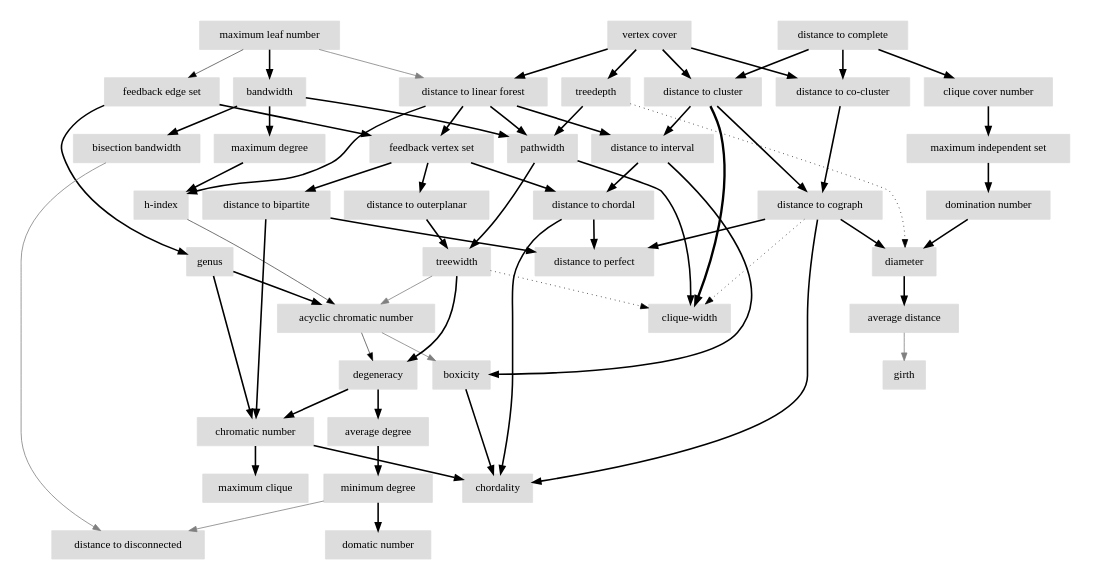
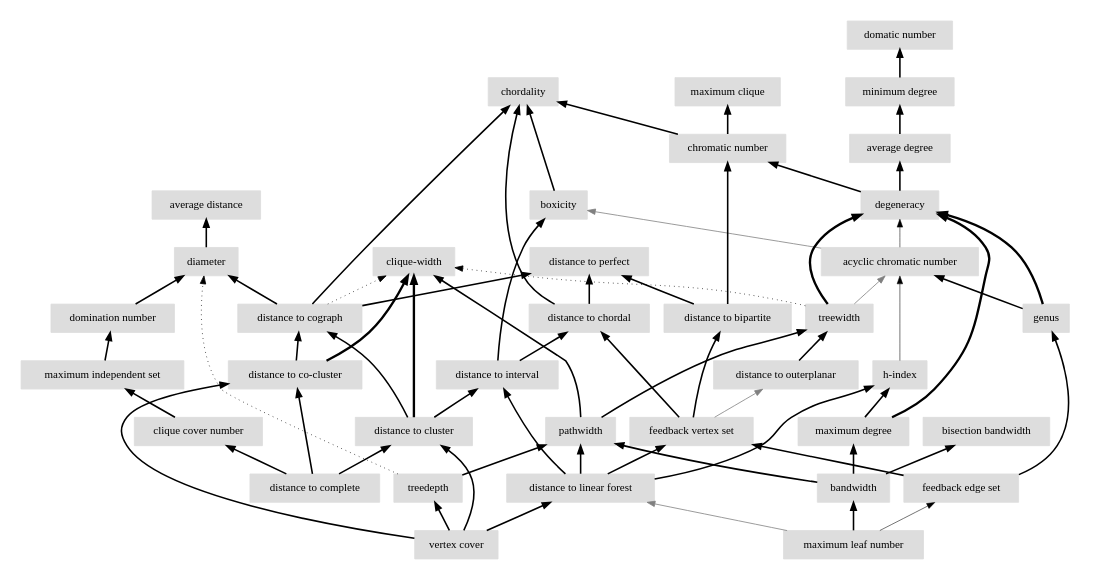
One commit to vaclavblazej/parameters changed the diagram in content/drawing_VnTIL0_0.dot. Above: the diagram before and after it, drawn with Graphviz. The commit also changed 1013 other files, not shown here.

```diff
--- a/content/drawing_VnTIL0_0.dot
+++ b/content/drawing_VnTIL0_0.dot
@@ -1,107 +1,105 @@
 digraph drawing_VnTIL0_0 {
 	node [color=lightblue2 style=filled]
 	margin=0.04 size="6,6"
+	rankdir = BT
+	"n_HTk9PZ" [label="feedback edge set" URL="/parameters/html/HTk9PZ" color="#dddddd" shape=box]
+	"n_gbaHdw" [label="genus" URL="/parameters/html/gbaHdw" color="#dddddd" shape=box]
+	"n_KEP2qM" [label="treedepth" URL="/parameters/html/KEP2qM" color="#dddddd" shape=box]
+	"n_mHtXUU" [label="maximum independent set" URL="/parameters/html/mHtXUU" color="#dddddd" shape=box]
+	"n_GPmOeT" [label="minimum degree" URL="/parameters/html/GPmOeT" color="#dddddd" shape=box]
+	"n_KRV6tI" [label="domatic number" URL="/parameters/html/KRV6tI" color="#dddddd" shape=box]
+	"n_OdZQna" [label="distance to chordal" URL="/parameters/html/OdZQna" color="#dddddd" shape=box]
+	"n_a7MpiT" [label="boxicity" URL="/parameters/html/a7MpiT" color="#dddddd" shape=box]
+	"n_w7MmyW" [label="chromatic number" URL="/parameters/html/w7MmyW" color="#dddddd" shape=box]
+	"n_VomShB" [label="clique cover number" URL="/parameters/html/VomShB" color="#dddddd" shape=box]
+	"n_wg5HuV" [label="clique-width" URL="/parameters/html/wg5HuV" color="#dddddd" shape=box]
+	"n_GNTwUS" [label="h-index" URL="/parameters/html/GNTwUS" color="#dddddd" shape=box]
+	"n_uDXX2i" [label="distance to cograph" URL="/parameters/html/uDXX2i" color="#dddddd" shape=box]
+	"n_wUdmUb" [label="bisection bandwidth" URL="/parameters/html/wUdmUb" color="#dddddd" shape=box]
+	"n_p4bTjp" [label="diameter" URL="/parameters/html/p4bTjp" color="#dddddd" shape=box]
 	"n_z0y4TW" [label="average degree" URL="/parameters/html/z0y4TW" color="#dddddd" shape=box]
-	"n_kJZKgd" [label="distance to perfect" URL="/parameters/html/kJZKgd" color="#dddddd" shape=box]
 	"n_hbfWwE" [label="distance to co-cluster" URL="/parameters/html/hbfWwE" color="#dddddd" shape=box]
-	"n_ZL7BOP" [label="distance to disconnected" URL="/parameters/html/ZL7BOP" color="#dddddd" shape=box]
-	"n_GPmOeT" [label="minimum degree" URL="/parameters/html/GPmOeT" color="#dddddd" shape=box]
-	"n_Gq0onN" [label="domination number" URL="/parameters/html/Gq0onN" color="#dddddd" shape=box]
-	"n_wg5HuV" [label="clique-width" URL="/parameters/html/wg5HuV" color="#dddddd" shape=box]
-	"n_QGZuUW" [label="acyclic chromatic number" URL="/parameters/html/QGZuUW" color="#dddddd" shape=box]
-	"n_KEP2qM" [label="treedepth" URL="/parameters/html/KEP2qM" color="#dddddd" shape=box]
-	"n_HTk9PZ" [label="feedback edge set" URL="/parameters/html/HTk9PZ" color="#dddddd" shape=box]
-	"n_w7MmyW" [label="chromatic number" URL="/parameters/html/w7MmyW" color="#dddddd" shape=box]
-	"n_AVc2K6" [label="distance to interval" URL="/parameters/html/AVc2K6" color="#dddddd" shape=box]
-	"n_uDXX2i" [label="distance to cograph" URL="/parameters/html/uDXX2i" color="#dddddd" shape=box]
-	"n_gbaHdw" [label="genus" URL="/parameters/html/gbaHdw" color="#dddddd" shape=box]
-	"n_2LDMQ6" [label="distance to complete" URL="/parameters/html/2LDMQ6" color="#dddddd" shape=box]
-	"n_GNTwUS" [label="h-index" URL="/parameters/html/GNTwUS" color="#dddddd" shape=box]
-	"n_mHtXUU" [label="maximum independent set" URL="/parameters/html/mHtXUU" color="#dddddd" shape=box]
-	"n_zH8PpT" [label="average distance" URL="/parameters/html/zH8PpT" color="#dddddd" shape=box]
-	"n_VHClqR" [label="pathwidth" URL="/parameters/html/VHClqR" color="#dddddd" shape=box]
-	"n_aXw3Co" [label="distance to cluster" URL="/parameters/html/aXw3Co" color="#dddddd" shape=box]
-	"n_BCwUeT" [label="girth" URL="/parameters/html/BCwUeT" color="#dddddd" shape=box]
-	"n_yk7XP0" [label="distance to linear forest" URL="/parameters/html/yk7XP0" color="#dddddd" shape=box]
-	"n_OdZQna" [label="distance to chordal" URL="/parameters/html/OdZQna" color="#dddddd" shape=box]
-	"n_5Q7fuR" [label="treewidth" URL="/parameters/html/5Q7fuR" color="#dddddd" shape=box]
 	"n_4lp9Yj" [label="vertex cover" URL="/parameters/html/4lp9Yj" color="#dddddd" shape=box]
 	"n_fTqo40" [label="chordality" URL="/parameters/html/fTqo40" color="#dddddd" shape=box]
+	"n_QGZuUW" [label="acyclic chromatic number" URL="/parameters/html/QGZuUW" color="#dddddd" shape=box]
+	"n_aP5a38" [label="bandwidth" URL="/parameters/html/aP5a38" color="#dddddd" shape=box]
+	"n_aXw3Co" [label="distance to cluster" URL="/parameters/html/aXw3Co" color="#dddddd" shape=box]
+	"n_GNOiyB" [label="feedback vertex set" URL="/parameters/html/GNOiyB" color="#dddddd" shape=box]
+	"n_kJZKgd" [label="distance to perfect" URL="/parameters/html/kJZKgd" color="#dddddd" shape=box]
+	"n_yk7XP0" [label="distance to linear forest" URL="/parameters/html/yk7XP0" color="#dddddd" shape=box]
+	"n_1yW82F" [label="distance to bipartite" URL="/parameters/html/1yW82F" color="#dddddd" shape=box]
+	"n_2LDMQ6" [label="distance to complete" URL="/parameters/html/2LDMQ6" color="#dddddd" shape=box]
+	"n_Gq0onN" [label="domination number" URL="/parameters/html/Gq0onN" color="#dddddd" shape=box]
+	"n_zH8PpT" [label="average distance" URL="/parameters/html/zH8PpT" color="#dddddd" shape=box]
 	"n_VowkuW" [label="degeneracy" URL="/parameters/html/VowkuW" color="#dddddd" shape=box]
-	"n_KRV6tI" [label="domatic number" URL="/parameters/html/KRV6tI" color="#dddddd" shape=box]
-	"n_VomShB" [label="clique cover number" URL="/parameters/html/VomShB" color="#dddddd" shape=box]
-	"n_wUdmUb" [label="bisection bandwidth" URL="/parameters/html/wUdmUb" color="#dddddd" shape=box]
+	"n_AVc2K6" [label="distance to interval" URL="/parameters/html/AVc2K6" color="#dddddd" shape=box]
+	"n_5Q7fuR" [label="treewidth" URL="/parameters/html/5Q7fuR" color="#dddddd" shape=box]
 	"n_lPHVWU" [label="distance to outerplanar" URL="/parameters/html/lPHVWU" color="#dddddd" shape=box]
-	"n_a7MpiT" [label="boxicity" URL="/parameters/html/a7MpiT" color="#dddddd" shape=box]
+	"n_BN92vX" [label="maximum leaf number" URL="/parameters/html/BN92vX" color="#dddddd" shape=box]
 	"n_q7zHeT" [label="maximum clique" URL="/parameters/html/q7zHeT" color="#dddddd" shape=box]
-	"n_BN92vX" [label="maximum leaf number" URL="/parameters/html/BN92vX" color="#dddddd" shape=box]
-	"n_1yW82F" [label="distance to bipartite" URL="/parameters/html/1yW82F" color="#dddddd" shape=box]
-	"n_p4bTjp" [label="diameter" URL="/parameters/html/p4bTjp" color="#dddddd" shape=box]
-	"n_aP5a38" [label="bandwidth" URL="/parameters/html/aP5a38" color="#dddddd" shape=box]
+	"n_VHClqR" [label="pathwidth" URL="/parameters/html/VHClqR" color="#dddddd" shape=box]
 	"n_UyQ5yM" [label="maximum degree" URL="/parameters/html/UyQ5yM" color="#dddddd" shape=box]
-	"n_GNOiyB" [label="feedback vertex set" URL="/parameters/html/GNOiyB" color="#dddddd" shape=box]
+	"n_lPHVWU" -> "n_5Q7fuR" [label="" decorate=true lblstyle="above, sloped" weight="100" penwidth="2.0"]
+	"n_2LDMQ6" -> "n_aXw3Co" [label="" decorate=true lblstyle="above, sloped" weight="100" penwidth="2.0"]
+	"n_BN92vX" -> "n_HTk9PZ" [label="" decorate=true lblstyle="above, sloped" weight="20" penwidth="0.7"]
+	"n_4lp9Yj" -> "n_aXw3Co" [label="" decorate=true lblstyle="above, sloped" weight="100" penwidth="2.0"]
+	"n_yk7XP0" -> "n_AVc2K6" [label="" decorate=true lblstyle="above, sloped" weight="100" penwidth="2.0"]
+	"n_QGZuUW" -> "n_VowkuW" [label="" decorate=true lblstyle="above, sloped" weight="20" penwidth="0.7"]
+	"n_gbaHdw" -> "n_QGZuUW" [label="" decorate=true lblstyle="above, sloped" weight="100" penwidth="2.0"]
+	"n_1yW82F" -> "n_w7MmyW" [label="" decorate=true lblstyle="above, sloped" weight="100" penwidth="2.0"]
+	"n_aXw3Co" -> "n_wg5HuV" [label="" decorate=true lblstyle="above, sloped" weight="100" penwidth="3.0"]
+	"n_HTk9PZ" -> "n_gbaHdw" [label="" decorate=true lblstyle="above, sloped" weight="100" penwidth="2.0"]
+	"n_4lp9Yj" -> "n_yk7XP0" [label="" decorate=true lblstyle="above, sloped" weight="100" penwidth="2.0"]
+	"n_2LDMQ6" -> "n_VomShB" [label="" decorate=true lblstyle="above, sloped" weight="100" penwidth="2.0"]
+	"n_GNTwUS" -> "n_QGZuUW" [label="" decorate=true lblstyle="above, sloped" weight="20" penwidth="0.7"]
+	"n_UyQ5yM" -> "n_VowkuW" [label="" decorate=true lblstyle="above, sloped" weight="100" penwidth="3.0"]
+	"n_BN92vX" -> "n_yk7XP0" [label="" decorate=true lblstyle="above, sloped" color="gray" weight="1"]
+	"n_VHClqR" -> "n_5Q7fuR" [label="" decorate=true lblstyle="above, sloped" weight="100" penwidth="2.0"]
+	"n_aXw3Co" -> "n_AVc2K6" [label="" decorate=true lblstyle="above, sloped" weight="100" penwidth="2.0"]
+	"n_uDXX2i" -> "n_kJZKgd" [label="" decorate=true lblstyle="above, sloped" weight="100" penwidth="2.0"]
+	"n_GPmOeT" -> "n_KRV6tI" [label="" decorate=true lblstyle="above, sloped" weight="100" penwidth="2.0"]
+	"n_mHtXUU" -> "n_Gq0onN" [label="" decorate=true lblstyle="above, sloped" weight="100" penwidth="2.0"]
+	"n_AVc2K6" -> "n_a7MpiT" [label="" decorate=true lblstyle="above, sloped" weight="100" penwidth="2.0"]
+	"n_aXw3Co" -> "n_uDXX2i" [label="" decorate=true lblstyle="above, sloped" weight="100" penwidth="2.0"]
+	"n_aP5a38" -> "n_UyQ5yM" [label="" decorate=true lblstyle="above, sloped" weight="100" penwidth="2.0"]
+	"n_OdZQna" -> "n_kJZKgd" [label="" decorate=true lblstyle="above, sloped" weight="100" penwidth="2.0"]
+	"n_z0y4TW" -> "n_GPmOeT" [label="" decorate=true lblstyle="above, sloped" weight="100" penwidth="2.0"]
+	"n_yk7XP0" -> "n_GNOiyB" [label="" decorate=true lblstyle="above, sloped" weight="100" penwidth="2.0"]
+	"n_AVc2K6" -> "n_OdZQna" [label="" decorate=true lblstyle="above, sloped" weight="100" penwidth="2.0"]
+	"n_uDXX2i" -> "n_wg5HuV" [label="" decorate=true lblstyle="above, sloped" style="dotted" weight="1" penwidth="1.0"]
+	"n_KEP2qM" -> "n_p4bTjp" [label="" decorate=true lblstyle="above, sloped" style="dotted" weight="1" penwidth="1.0"]
+	"n_hbfWwE" -> "n_uDXX2i" [label="" decorate=true lblstyle="above, sloped" weight="100" penwidth="2.0"]
+	"n_yk7XP0" -> "n_GNTwUS" [label="" decorate=true lblstyle="above, sloped" weight="100" penwidth="2.0"]
+	"n_p4bTjp" -> "n_zH8PpT" [label="" decorate=true lblstyle="above, sloped" weight="100" penwidth="2.0"]
+	"n_a7MpiT" -> "n_fTqo40" [label="" decorate=true lblstyle="above, sloped" weight="100" penwidth="2.0"]
+	"n_VHClqR" -> "n_wg5HuV" [label="" decorate=true lblstyle="above, sloped" weight="100" penwidth="2.0"]
+	"n_GNOiyB" -> "n_1yW82F" [label="" decorate=true lblstyle="above, sloped" weight="100" penwidth="2.0"]
+	"n_Gq0onN" -> "n_p4bTjp" [label="" decorate=true lblstyle="above, sloped" weight="100" penwidth="2.0"]
+	"n_4lp9Yj" -> "n_hbfWwE" [label="" decorate=true lblstyle="above, sloped" weight="100" penwidth="2.0"]
+	"n_yk7XP0" -> "n_VHClqR" [label="" decorate=true lblstyle="above, sloped" weight="100" penwidth="2.0"]
+	"n_HTk9PZ" -> "n_GNOiyB" [label="" decorate=true lblstyle="above, sloped" weight="100" penwidth="2.0"]
 	"n_w7MmyW" -> "n_q7zHeT" [label="" decorate=true lblstyle="above, sloped" weight="100" penwidth="2.0"]
-	"n_GNTwUS" -> "n_QGZuUW" [label="" decorate=true lblstyle="above, sloped" weight="20" penwidth="0.7"]
-	"n_4lp9Yj" -> "n_hbfWwE" [label="" decorate=true lblstyle="above, sloped" weight="100" penwidth="2.0"]
-	"n_wUdmUb" -> "n_ZL7BOP" [label="" decorate=true lblstyle="above, sloped" color="gray" weight="1"]
-	"n_OdZQna" -> "n_kJZKgd" [label="" decorate=true lblstyle="above, sloped" weight="100" penwidth="2.0"]
-	"n_AVc2K6" -> "n_OdZQna" [label="" decorate=true lblstyle="above, sloped" weight="100" penwidth="2.0"]
-	"n_2LDMQ6" -> "n_aXw3Co" [label="" decorate=true lblstyle="above, sloped" weight="100" penwidth="2.0"]
-	"n_gbaHdw" -> "n_QGZuUW" [label="" decorate=true lblstyle="above, sloped" weight="100" penwidth="2.0"]
-	"n_Gq0onN" -> "n_p4bTjp" [label="" decorate=true lblstyle="above, sloped" weight="100" penwidth="2.0"]
-	"n_5Q7fuR" -> "n_VowkuW" [label="" decorate=true lblstyle="above, sloped" weight="100" penwidth="2.0"]
-	"n_KEP2qM" -> "n_p4bTjp" [label="" decorate=true lblstyle="above, sloped" style="dotted" weight="1" penwidth="1.0"]
-	"n_HTk9PZ" -> "n_gbaHdw" [label="" decorate=true lblstyle="above, sloped" weight="100" penwidth="2.0"]
-	"n_gbaHdw" -> "n_w7MmyW" [label="" decorate=true lblstyle="above, sloped" weight="100" penwidth="2.0"]
-	"n_yk7XP0" -> "n_GNOiyB" [label="" decorate=true lblstyle="above, sloped" weight="100" penwidth="2.0"]
-	"n_QGZuUW" -> "n_VowkuW" [label="" decorate=true lblstyle="above, sloped" weight="20" penwidth="0.7"]
+	"n_uDXX2i" -> "n_p4bTjp" [label="" decorate=true lblstyle="above, sloped" weight="100" penwidth="2.0"]
+	"n_OdZQna" -> "n_fTqo40" [label="" decorate=true lblstyle="above, sloped" weight="100" penwidth="2.0"]
+	"n_QGZuUW" -> "n_a7MpiT" [label="" decorate=true lblstyle="above, sloped" color="gray" weight="1"]
 	"n_KEP2qM" -> "n_VHClqR" [label="" decorate=true lblstyle="above, sloped" weight="100" penwidth="2.0"]
-	"n_GPmOeT" -> "n_KRV6tI" [label="" decorate=true lblstyle="above, sloped" weight="100" penwidth="2.0"]
+	"n_5Q7fuR" -> "n_VowkuW" [label="" decorate=true lblstyle="above, sloped" weight="100" penwidth="3.0"]
+	"n_GNOiyB" -> "n_lPHVWU" [label="" decorate=true lblstyle="above, sloped" color="gray" weight="1"]
+	"n_UyQ5yM" -> "n_GNTwUS" [label="" decorate=true lblstyle="above, sloped" weight="100" penwidth="2.0"]
+	"n_5Q7fuR" -> "n_QGZuUW" [label="" decorate=true lblstyle="above, sloped" color="gray" weight="1"]
+	"n_gbaHdw" -> "n_VowkuW" [label="" decorate=true lblstyle="above, sloped" weight="100" penwidth="3.0"]
+	"n_aP5a38" -> "n_VHClqR" [label="" decorate=true lblstyle="above, sloped" weight="100" penwidth="2.0"]
+	"n_4lp9Yj" -> "n_KEP2qM" [label="" decorate=true lblstyle="above, sloped" weight="100" penwidth="2.0"]
 	"n_aP5a38" -> "n_wUdmUb" [label="" decorate=true lblstyle="above, sloped" weight="100" penwidth="2.0"]
-	"n_yk7XP0" -> "n_AVc2K6" [label="" decorate=true lblstyle="above, sloped" weight="100" penwidth="2.0"]
-	"n_GNOiyB" -> "n_lPHVWU" [label="" decorate=true lblstyle="above, sloped" weight="100" penwidth="2.0"]
-	"n_5Q7fuR" -> "n_QGZuUW" [label="" decorate=true lblstyle="above, sloped" color="gray" weight="1"]
-	"n_aP5a38" -> "n_VHClqR" [label="" decorate=true lblstyle="above, sloped" weight="100" penwidth="2.0"]
-	"n_uDXX2i" -> "n_kJZKgd" [label="" decorate=true lblstyle="above, sloped" weight="100" penwidth="2.0"]
+	"n_VowkuW" -> "n_w7MmyW" [label="" decorate=true lblstyle="above, sloped" weight="100" penwidth="2.0"]
+	"n_GNOiyB" -> "n_OdZQna" [label="" decorate=true lblstyle="above, sloped" weight="100" penwidth="2.0"]
+	"n_2LDMQ6" -> "n_hbfWwE" [label="" decorate=true lblstyle="above, sloped" weight="100" penwidth="2.0"]
+	"n_uDXX2i" -> "n_fTqo40" [label="" decorate=true lblstyle="above, sloped" weight="100" penwidth="2.0"]
 	"n_w7MmyW" -> "n_fTqo40" [label="" decorate=true lblstyle="above, sloped" weight="100" penwidth="2.0"]
-	"n_VowkuW" -> "n_w7MmyW" [label="" decorate=true lblstyle="above, sloped" weight="100" penwidth="2.0"]
-	"n_BN92vX" -> "n_HTk9PZ" [label="" decorate=true lblstyle="above, sloped" weight="20" penwidth="0.7"]
-	"n_GNOiyB" -> "n_OdZQna" [label="" decorate=true lblstyle="above, sloped" weight="100" penwidth="2.0"]
-	"n_hbfWwE" -> "n_uDXX2i" [label="" decorate=true lblstyle="above, sloped" weight="100" penwidth="2.0"]
-	"n_GPmOeT" -> "n_ZL7BOP" [label="" decorate=true lblstyle="above, sloped" color="gray" weight="1"]
+	"n_hbfWwE" -> "n_wg5HuV" [label="" decorate=true lblstyle="above, sloped" weight="100" penwidth="3.0"]
+	"n_VomShB" -> "n_mHtXUU" [label="" decorate=true lblstyle="above, sloped" weight="100" penwidth="2.0"]
+	"n_5Q7fuR" -> "n_wg5HuV" [label="" decorate=true lblstyle="above, sloped" style="dotted" weight="1" penwidth="1.0"]
+	"n_VowkuW" -> "n_z0y4TW" [label="" decorate=true lblstyle="above, sloped" weight="100" penwidth="2.0"]
+	"n_1yW82F" -> "n_kJZKgd" [label="" decorate=true lblstyle="above, sloped" weight="100" penwidth="2.0"]
 	"n_BN92vX" -> "n_aP5a38" [label="" decorate=true lblstyle="above, sloped" weight="100" penwidth="2.0"]
-	"n_uDXX2i" -> "n_wg5HuV" [label="" decorate=true lblstyle="above, sloped" style="dotted" weight="1" penwidth="1.0"]
-	"n_VowkuW" -> "n_z0y4TW" [label="" decorate=true lblstyle="above, sloped" weight="100" penwidth="2.0"]
-	"n_yk7XP0" -> "n_GNTwUS" [label="" decorate=true lblstyle="above, sloped" weight="100" penwidth="2.0"]
-	"n_1yW82F" -> "n_w7MmyW" [label="" decorate=true lblstyle="above, sloped" weight="100" penwidth="2.0"]
-	"n_VHClqR" -> "n_5Q7fuR" [label="" decorate=true lblstyle="above, sloped" weight="100" penwidth="2.0"]
-	"n_a7MpiT" -> "n_fTqo40" [label="" decorate=true lblstyle="above, sloped" weight="100" penwidth="2.0"]
-	"n_mHtXUU" -> "n_Gq0onN" [label="" decorate=true lblstyle="above, sloped" weight="100" penwidth="2.0"]
-	"n_aP5a38" -> "n_UyQ5yM" [label="" decorate=true lblstyle="above, sloped" weight="100" penwidth="2.0"]
-	"n_lPHVWU" -> "n_5Q7fuR" [label="" decorate=true lblstyle="above, sloped" weight="100" penwidth="2.0"]
-	"n_aXw3Co" -> "n_AVc2K6" [label="" decorate=true lblstyle="above, sloped" weight="100" penwidth="2.0"]
-	"n_z0y4TW" -> "n_GPmOeT" [label="" decorate=true lblstyle="above, sloped" weight="100" penwidth="2.0"]
-	"n_UyQ5yM" -> "n_GNTwUS" [label="" decorate=true lblstyle="above, sloped" weight="100" penwidth="2.0"]
-	"n_zH8PpT" -> "n_BCwUeT" [label="" decorate=true lblstyle="above, sloped" color="gray" weight="1"]
-	"n_AVc2K6" -> "n_a7MpiT" [label="" decorate=true lblstyle="above, sloped" weight="100" penwidth="2.0"]
-	"n_yk7XP0" -> "n_VHClqR" [label="" decorate=true lblstyle="above, sloped" weight="100" penwidth="2.0"]
-	"n_4lp9Yj" -> "n_KEP2qM" [label="" decorate=true lblstyle="above, sloped" weight="100" penwidth="2.0"]
-	"n_HTk9PZ" -> "n_GNOiyB" [label="" decorate=true lblstyle="above, sloped" weight="100" penwidth="2.0"]
-	"n_VHClqR" -> "n_wg5HuV" [label="" decorate=true lblstyle="above, sloped" weight="100" penwidth="2.0"]
-	"n_2LDMQ6" -> "n_VomShB" [label="" decorate=true lblstyle="above, sloped" weight="100" penwidth="2.0"]
-	"n_p4bTjp" -> "n_zH8PpT" [label="" decorate=true lblstyle="above, sloped" weight="100" penwidth="2.0"]
-	"n_VomShB" -> "n_mHtXUU" [label="" decorate=true lblstyle="above, sloped" weight="100" penwidth="2.0"]
-	"n_aXw3Co" -> "n_uDXX2i" [label="" decorate=true lblstyle="above, sloped" weight="100" penwidth="2.0"]
-	"n_4lp9Yj" -> "n_aXw3Co" [label="" decorate=true lblstyle="above, sloped" weight="100" penwidth="2.0"]
-	"n_uDXX2i" -> "n_p4bTjp" [label="" decorate=true lblstyle="above, sloped" weight="100" penwidth="2.0"]
-	"n_BN92vX" -> "n_yk7XP0" [label="" decorate=true lblstyle="above, sloped" color="gray" weight="1"]
-	"n_QGZuUW" -> "n_a7MpiT" [label="" decorate=true lblstyle="above, sloped" color="gray" weight="1"]
-	"n_GNOiyB" -> "n_1yW82F" [label="" decorate=true lblstyle="above, sloped" weight="100" penwidth="2.0"]
-	"n_5Q7fuR" -> "n_wg5HuV" [label="" decorate=true lblstyle="above, sloped" style="dotted" weight="1" penwidth="1.0"]
-	"n_2LDMQ6" -> "n_hbfWwE" [label="" decorate=true lblstyle="above, sloped" weight="100" penwidth="2.0"]
-	"n_1yW82F" -> "n_kJZKgd" [label="" decorate=true lblstyle="above, sloped" weight="100" penwidth="2.0"]
-	"n_uDXX2i" -> "n_fTqo40" [label="" decorate=true lblstyle="above, sloped" weight="100" penwidth="2.0"]
-	"n_OdZQna" -> "n_fTqo40" [label="" decorate=true lblstyle="above, sloped" weight="100" penwidth="2.0"]
-	"n_4lp9Yj" -> "n_yk7XP0" [label="" decorate=true lblstyle="above, sloped" weight="100" penwidth="2.0"]
-	"n_aXw3Co" -> "n_wg5HuV" [label="" decorate=true lblstyle="above, sloped" weight="100" penwidth="3.0"]
 }
```
